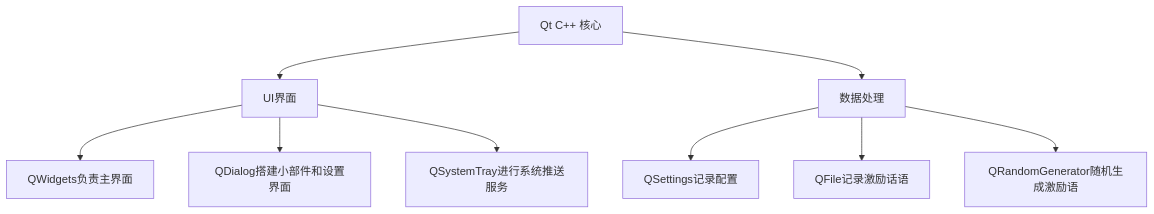
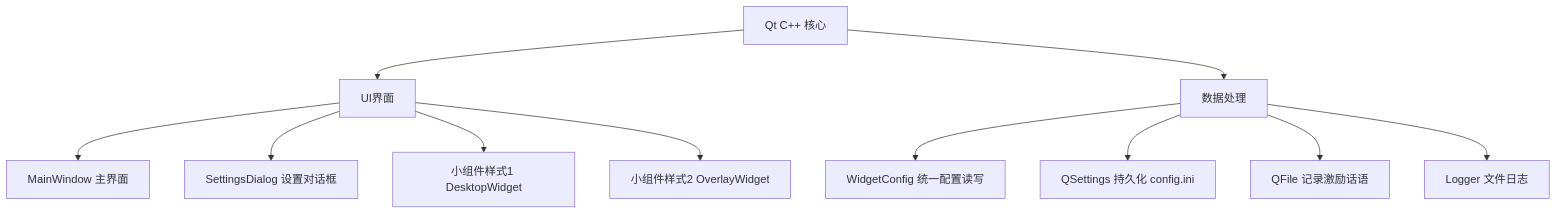
One commit to BuBaiMengJ4/BattleForFuture changed the diagram in README.md. Above: the diagram before and after it, drawn with Mermaid. The commit also changed other lines of this file and 50 other files, not shown here.

````diff
--- a/README.md
+++ b/README.md
@@ -52,12 +34,14 @@
 ```mermaid
 graph TD
     A[Qt C++ 核心] --> B[UI界面]
     A --> C[数据处理]
-    
-    B --> E[QWidgets负责主界面]
-    B --> F[QDialog搭建小部件和设置界面]
-    B --> J[QSystemTray进行系统推送服务]
-    C --> G[QSettings记录配置]
-    C --> H[QFile记录激励话语]
-    C --> I[QRandomGenerator随机生成激励语]
+
+    B --> E[MainWindow 主界面]
+    B --> F[SettingsDialog 设置对话框]
+    B --> G["小组件样式1 DesktopWidget"]
+    B --> H["小组件样式2 OverlayWidget"]
+    C --> I[WidgetConfig 统一配置读写]
+    C --> J[QSettings 持久化 config.ini]
+    C --> K[QFile 记录激励话语]
+    C --> L[Logger 文件日志]
 ```
````
